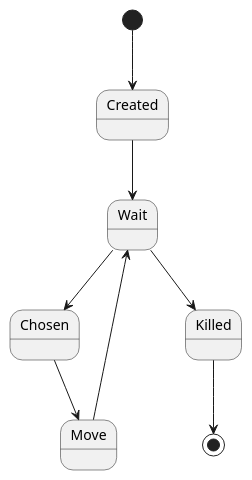
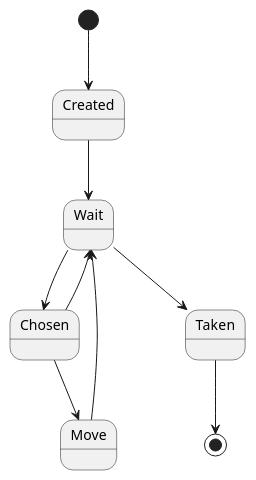
Before and after one commit to BachDi/chess_game: the diagram in UML/StateMachine/Bishop.plantuml, drawn with PlantUML. The commit also changed 8 other files, not shown here.

Commit message:
update UML

```diff
--- a/UML/StateMachine/Bishop.plantuml
+++ b/UML/StateMachine/Bishop.plantuml
@@ -1,9 +1,10 @@
 @startuml Bishop
 [*] --> Created
 Created --> Wait
 Wait --> Chosen
 Chosen --> Move
+Chosen --> Wait
 Move --> Wait
-Wait --> Killed
-Killed --> [*]
+Wait --> Taken
+Taken --> [*]
 @enduml
```
